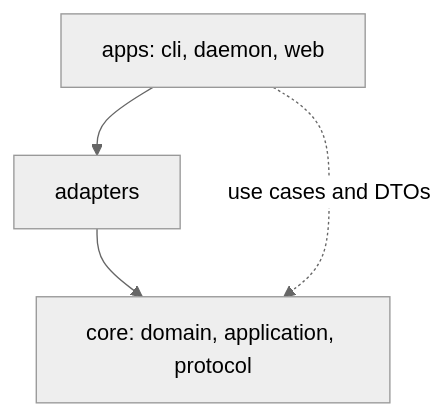
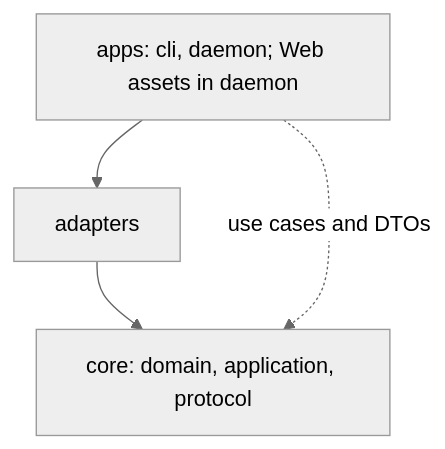
One commit to irootkernel/sorage changed the third of 3 diagrams in docs/architecture/README.md. Above: the diagram before and after it, drawn with Mermaid (neutral theme). The commit also changed other lines of this file and 9 other files, not shown here.

````diff
--- a/docs/architecture/README.md
+++ b/docs/architecture/README.md
@@ -622,10 +622,10 @@
 ```mermaid
 flowchart TD
-    Apps[apps: cli, daemon, web]
+    Apps[apps: cli, daemon; Web assets in daemon]
     Adapters[adapters]
     Core[core: domain, application, protocol]
 
     Apps --> Adapters
     Adapters --> Core
     Apps -.->|use cases and DTOs| Core
 ```
````
